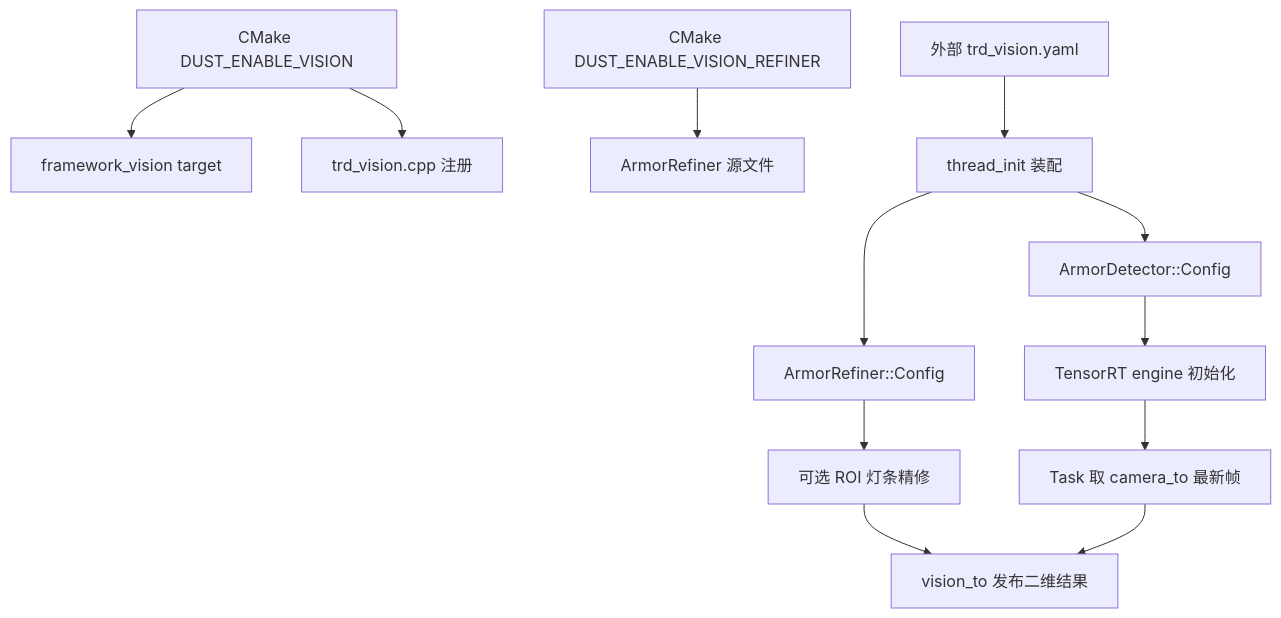
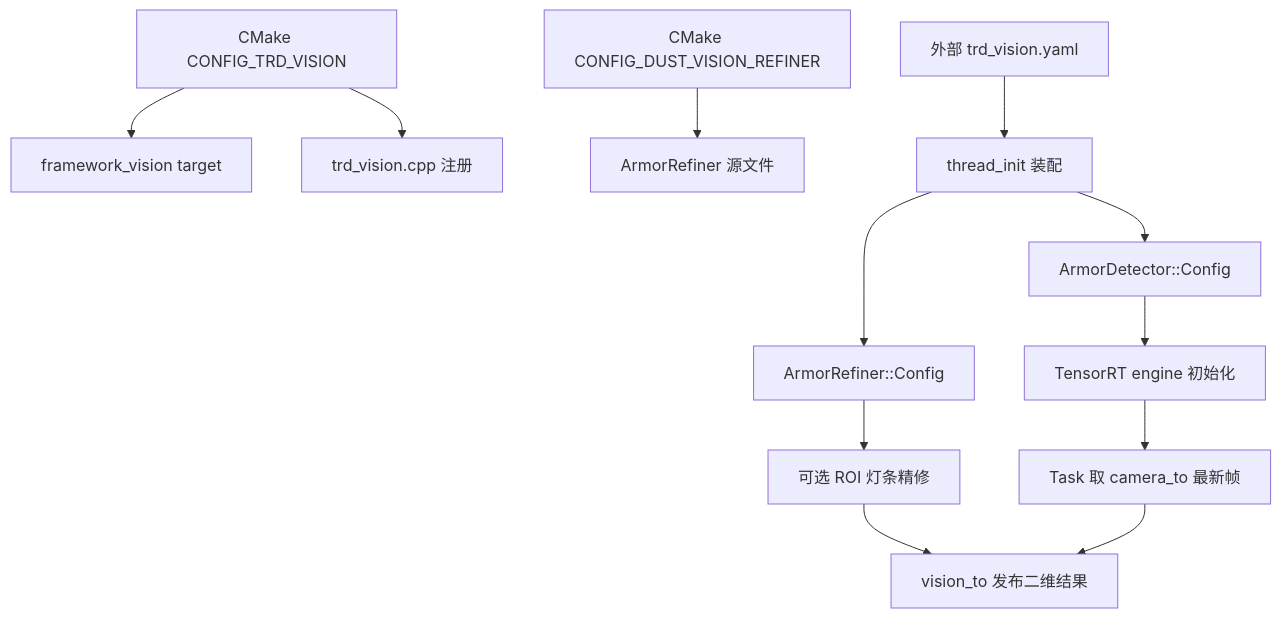
The diagram in doc/视觉配置架构引入规划.md (qingyu0310/Dust_Linux_Architecture), drawn with Mermaid before and after one commit. The commit also changed other lines of this file and 25 other files, not shown here.

````diff
--- a/doc/视觉配置架构引入规划.md
+++ b/doc/视觉配置架构引入规划.md
@@ -299,14 +337,14 @@
 ```mermaid
 flowchart TD
-    A[CMake DUST_ENABLE_VISION] --> B[framework_vision target]
+    A[CMake CONFIG_TRD_VISION] --> B[framework_vision target]
     A --> C[trd_vision.cpp 注册]
-    D[CMake DUST_ENABLE_VISION_REFINER] --> E[ArmorRefiner 源文件]
+    D[CMake CONFIG_DUST_VISION_REFINER] --> E[ArmorRefiner 源文件]
     F[外部 trd_vision.yaml] --> G[thread_init 装配]
     G --> H[ArmorDetector::Config]
     G --> I[ArmorRefiner::Config]
     H --> J[TensorRT engine 初始化]
     I --> K[可选 ROI 灯条精修]
     J --> L[Task 取 camera_to 最新帧]
     K --> M[vision_to 发布二维结果]
     L --> M
 ```
````
